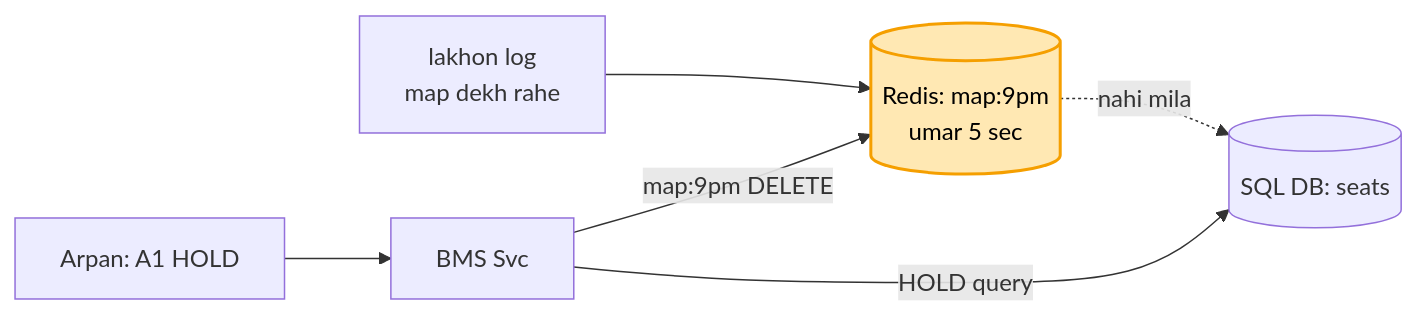
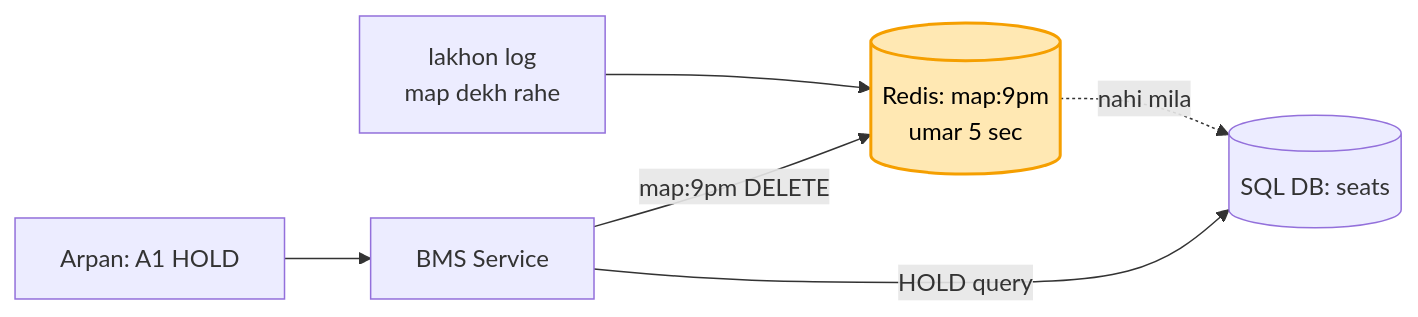
Before and after one commit to ArpanMaheshwari144/Prep: the third of 5 diagrams in 04_HLD/SYSTEM_DESIGNS/09_bookmyshow/09_bookmyshow.md, drawn with Mermaid. The commit also changed other lines of this file and 8 other files, not shown here.

````diff
--- a/04_HLD/SYSTEM_DESIGNS/09_bookmyshow/09_bookmyshow.md
+++ b/04_HLD/SYSTEM_DESIGNS/09_bookmyshow/09_bookmyshow.md
@@ -162,9 +162,9 @@
 ```mermaid
 flowchart LR
     V["lakhon log<br/>map dekh rahe"] --> R[("Redis: map:9pm<br/>umar 5 sec")]
     R -. "nahi mila" .-> D[("SQL DB: seats")]
-    U["Arpan: A1 HOLD"] --> S["BMS Svc"]
+    U["Arpan: A1 HOLD"] --> S["BMS Service"]
     S -- "HOLD query" --> D
     S -- "map:9pm DELETE" --> R
     style R fill:#ffe8b3,stroke:#f59f00,stroke-width:2px,color:#000
 ```
````
